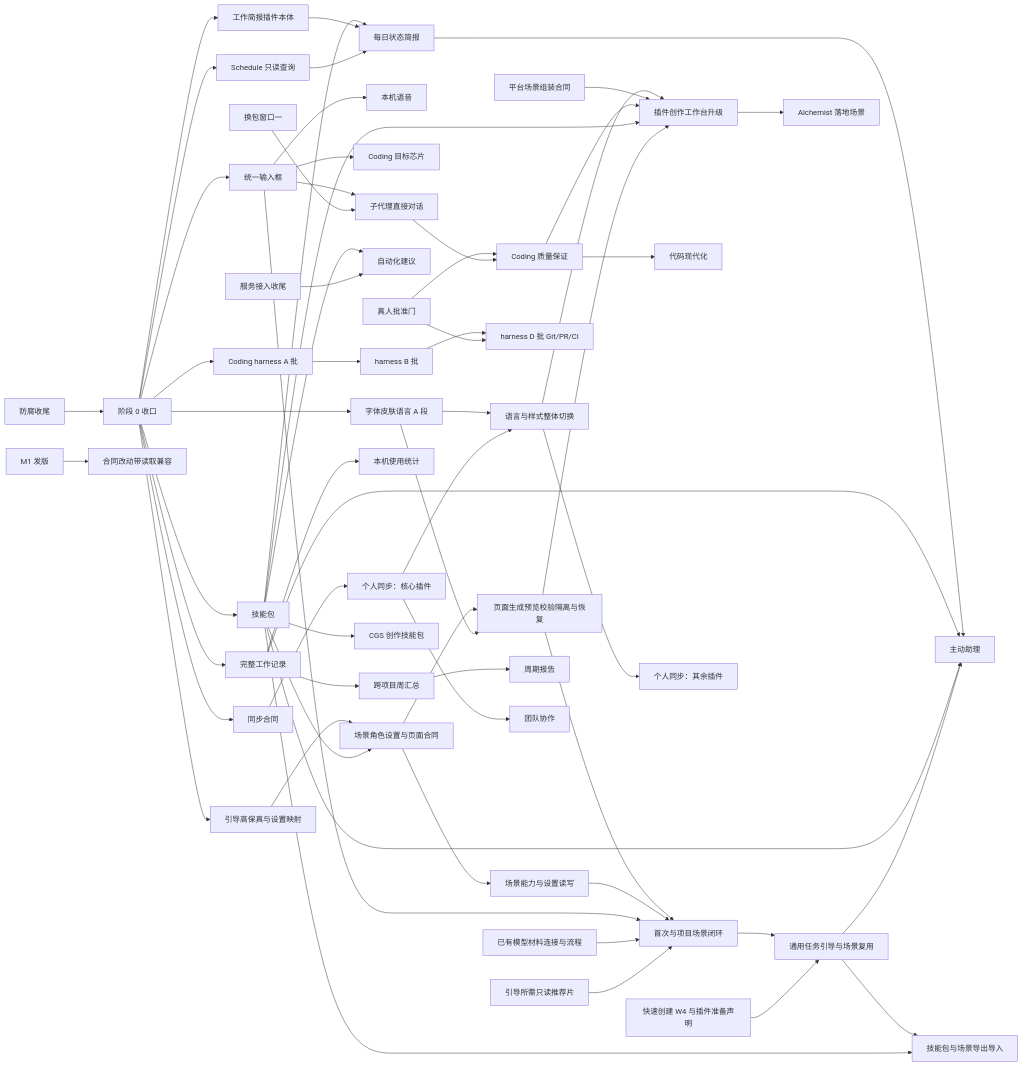
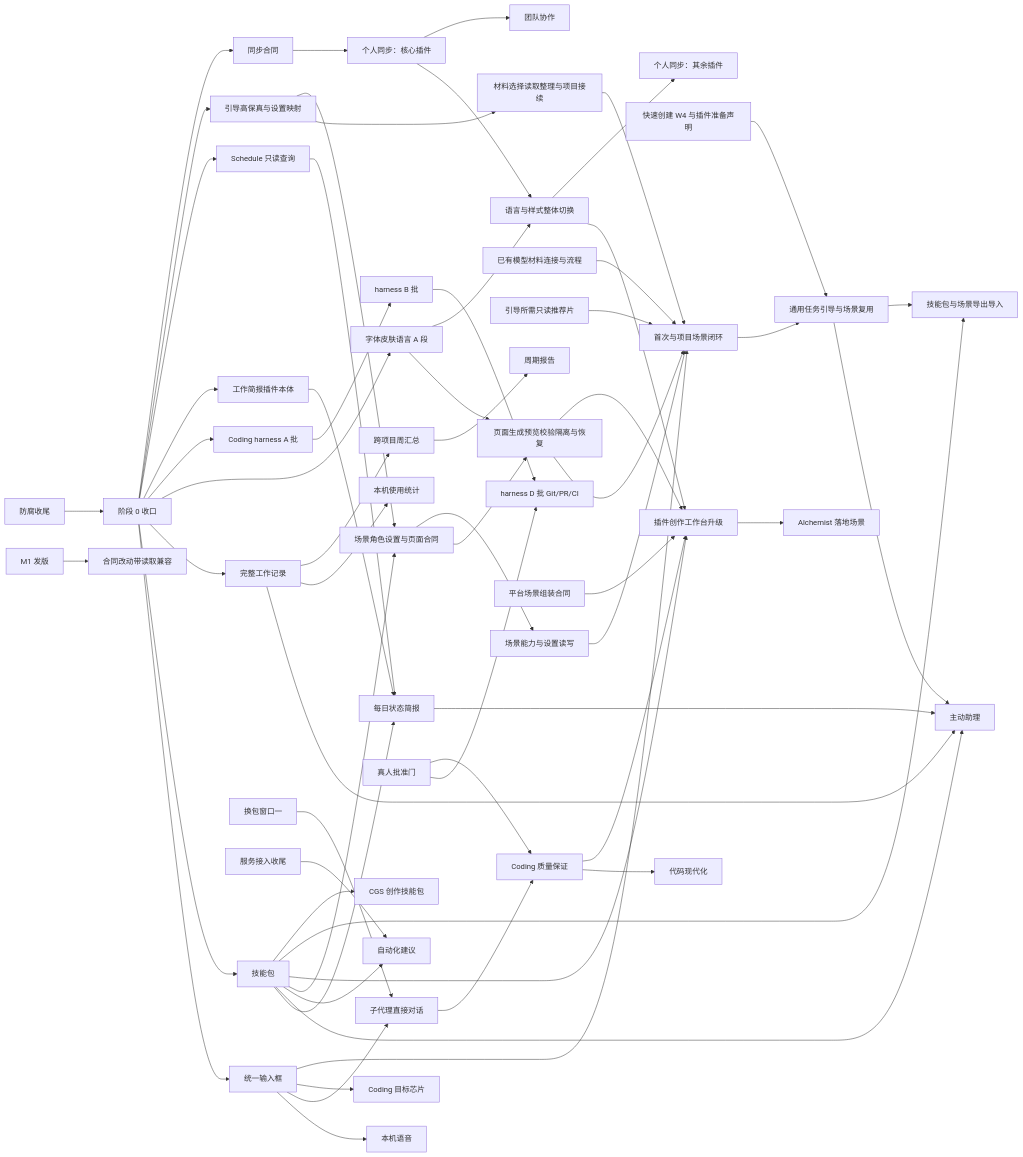
One commit to molis-ai/molis-work changed the diagram in specs/post-anticorruption-roadmap/spec.md. Above: the diagram before and after it, drawn with Mermaid. The commit also changed other lines of this file and 2 other files, not shown here.

````diff
--- a/specs/post-anticorruption-roadmap/spec.md
+++ b/specs/post-anticorruption-roadmap/spec.md
@@ -184,62 +184,64 @@
 ```mermaid
 flowchart LR
   AC[防腐收尾] --> S0[阶段 0 收口]
   S0 --> IN[统一输入框]
   S0 --> SP[技能包]
   S0 --> WR[完整工作记录]
   S0 --> FA[字体皮肤语言 A 段]
   S0 --> HA[Coding harness A 批]
   S0 --> WB[工作简报插件本体]
   S0 --> SQ[Schedule 只读查询]
   IN --> VO[本机语音]
   IN --> SUB[子代理直接对话]
   IN --> CHIP[Coding 目标芯片]
   SP --> DB[每日状态简报]
   WB --> DB
   SQ --> DB
   DB --> PA[主动助理]
   WR --> PA
   SP --> PA
   SP --> AR[自动化建议]
   S0 --> OD[引导高保真与设置映射]
+  OD --> OI[材料选择读取整理与项目接续]
+  OI --> ON
   OD --> OC[场景角色设置与页面合同]
   SP --> OC
   OC --> OG[页面生成预览校验隔离与恢复]
   FA --> OG
   OC --> OS[场景能力与设置读写]
   OG --> ON[首次与项目场景闭环]
   OS --> ON
   IN --> ON
   BASE[已有模型材料连接与流程] --> ON
   REC[引导所需只读推荐片] --> ON
   ON --> OT[通用任务引导与场景复用]
   QC[快速创建 W4 与插件准备声明] --> OT
   OT --> PA
   OT --> SH
   HA --> HB[harness B 批]
   HB --> HD[harness D 批 Git/PR/CI]
   AP[真人批准门] --> HD
   AP --> QA[Coding 质量保证]
   SUB --> QA
   QA --> MOD[代码现代化]
   W1[换包窗口一] --> SUB
   FA --> FC[语言与样式整体切换]
   FC --> PB[插件创作工作台升级]
   PC[平台场景组装合同] --> PB
   PB --> AL[Alchemist 落地场景]
   QA --> PB
   SP --> PB
   OG --> PB
   ASC[服务接入收尾] --> AR
   WR --> ST[本机使用统计]
   WR --> XP[跨项目周汇总]
   XP --> PR[周期报告]
   S0 --> SC[同步合同]
   SC --> SY[个人同步：核心插件]
   SY --> FC
   FC --> SY2[个人同步：其余插件]
   SY --> TEAM[团队协作]
   SP --> SH[技能包与场景导出导入]
   SP --> CGS[CGS 创作技能包]
   M1[M1 发版] --> COMPAT[合同改动带读取兼容]
 ```
````
